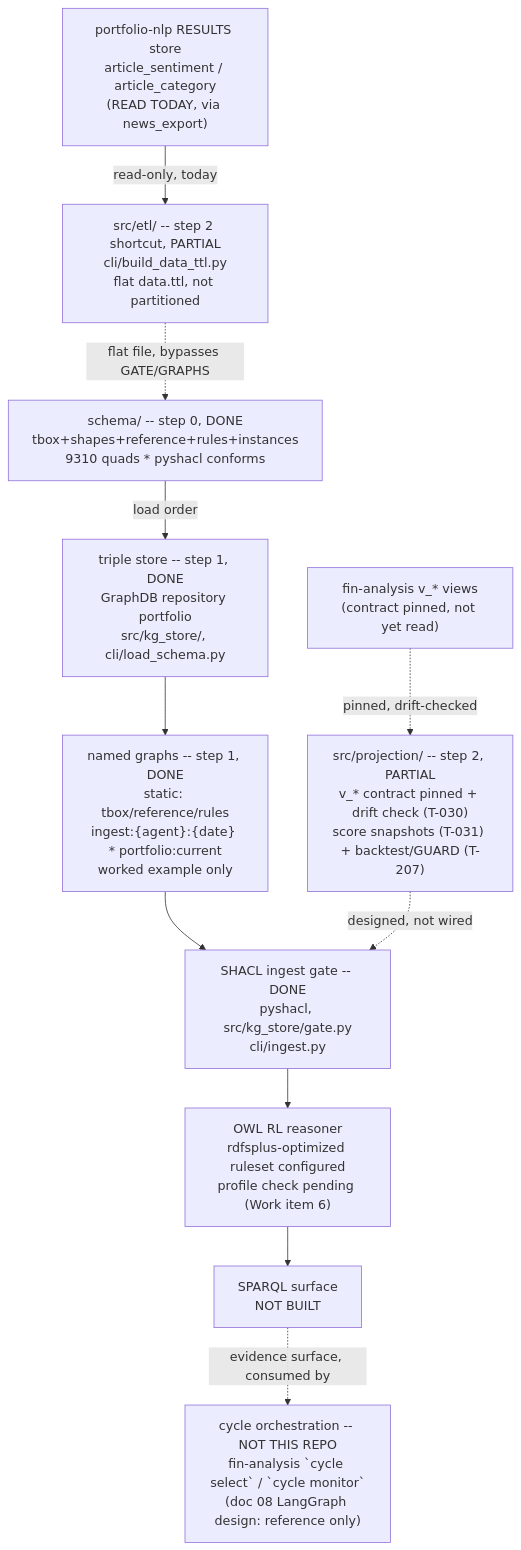
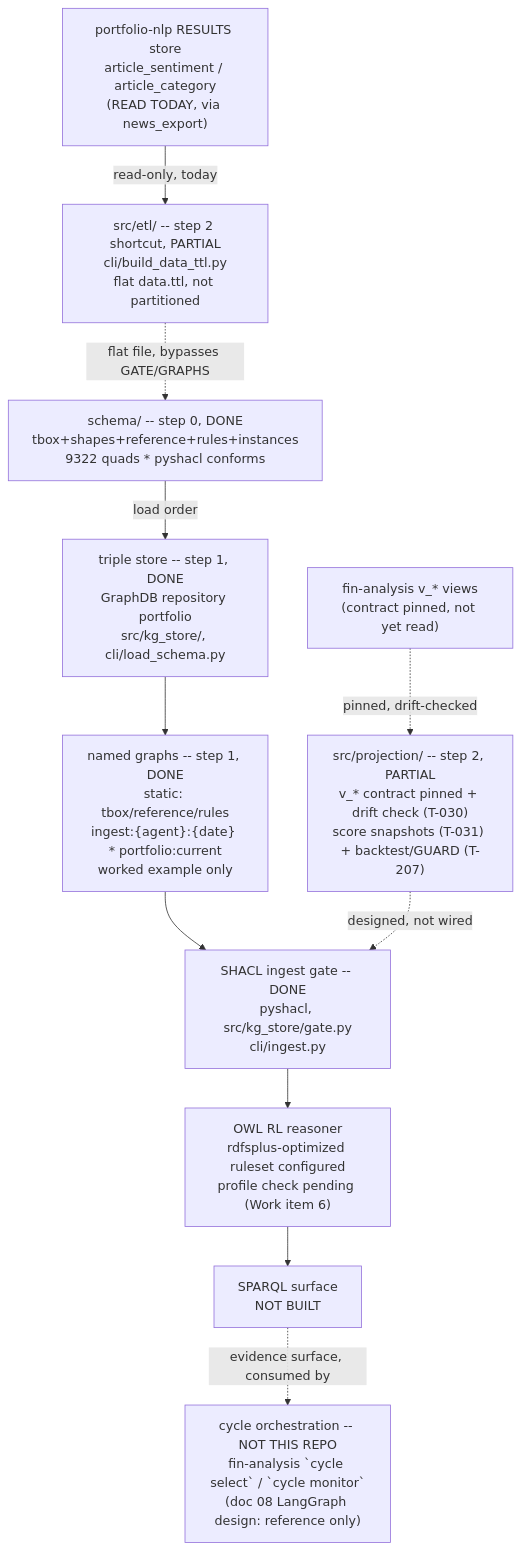
The diagram in .specify/memory/SPEC.md (gamug/portfolio-knowledge-graph), drawn with Mermaid before and after one commit. The commit also changed other lines of this file and 18 other files, not shown here.

````diff
--- a/.specify/memory/SPEC.md
+++ b/.specify/memory/SPEC.md
@@ -1044,22 +1044,22 @@
 ```mermaid
 flowchart TB
-    SCHEMA["schema/ -- step 0, DONE<br/>tbox+shapes+reference+rules+instances<br/>9310 quads * pyshacl conforms"]
+    SCHEMA["schema/ -- step 0, DONE<br/>tbox+shapes+reference+rules+instances<br/>9322 quads * pyshacl conforms"]
     STORE["triple store -- step 1, DONE<br/>GraphDB repository portfolio<br/>src/kg_store/, cli/load_schema.py"]
     GRAPHS["named graphs -- step 1, DONE<br/>static: tbox/reference/rules<br/>ingest:{agent}:{date} * portfolio:current<br/>worked example only"]
     GATE["SHACL ingest gate -- DONE<br/>pyshacl, src/kg_store/gate.py<br/>cli/ingest.py"]
     PROJ["src/projection/ -- step 2, PARTIAL<br/>v_* contract pinned + drift check (T-030)<br/>score snapshots (T-031) + backtest/GUARD (T-207)"]
     FIN["fin-analysis v_* views<br/>(contract pinned, not yet read)"]
     NLPRES["portfolio-nlp RESULTS store<br/>article_sentiment / article_category<br/>(READ TODAY, via news_export)"]
     ETL["src/etl/ -- step 2 shortcut, PARTIAL<br/>cli/build_data_ttl.py<br/>flat data.ttl, not partitioned"]
     REASON["OWL RL reasoner<br/>rdfsplus-optimized ruleset configured<br/>profile check pending (Work item 6)"]
     SPARQL["SPARQL surface<br/>NOT BUILT"]
     AGENTS["cycle orchestration -- NOT THIS REPO<br/>fin-analysis `cycle select` / `cycle monitor`<br/>(doc 08 LangGraph design: reference only)"]
 
     SCHEMA -->|load order| STORE --> GRAPHS --> GATE
     FIN -.->|pinned, drift-checked| PROJ
     PROJ -.->|designed, not wired| GATE
     NLPRES -->|read-only, today| ETL
     ETL -.->|flat file, bypasses GATE/GRAPHS| SCHEMA
     GATE --> REASON --> SPARQL
     SPARQL -.->|evidence surface, consumed by| AGENTS
 ```
````
